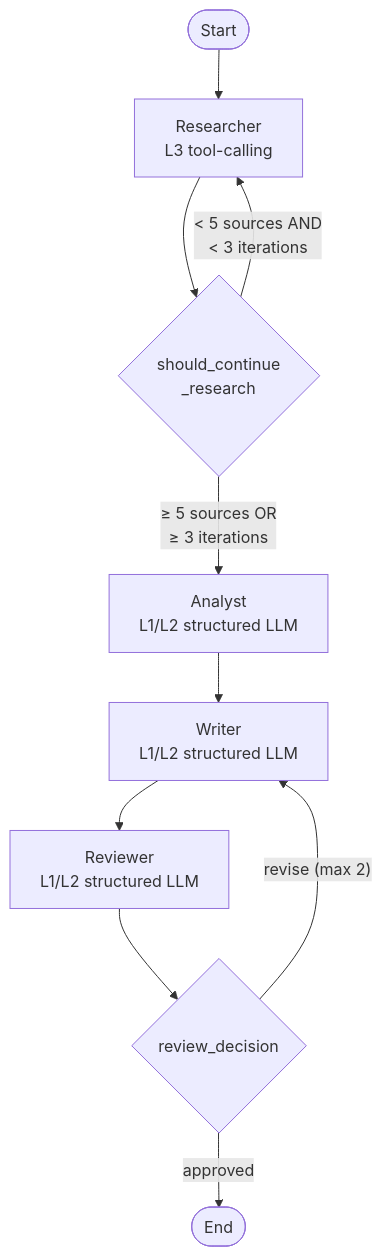
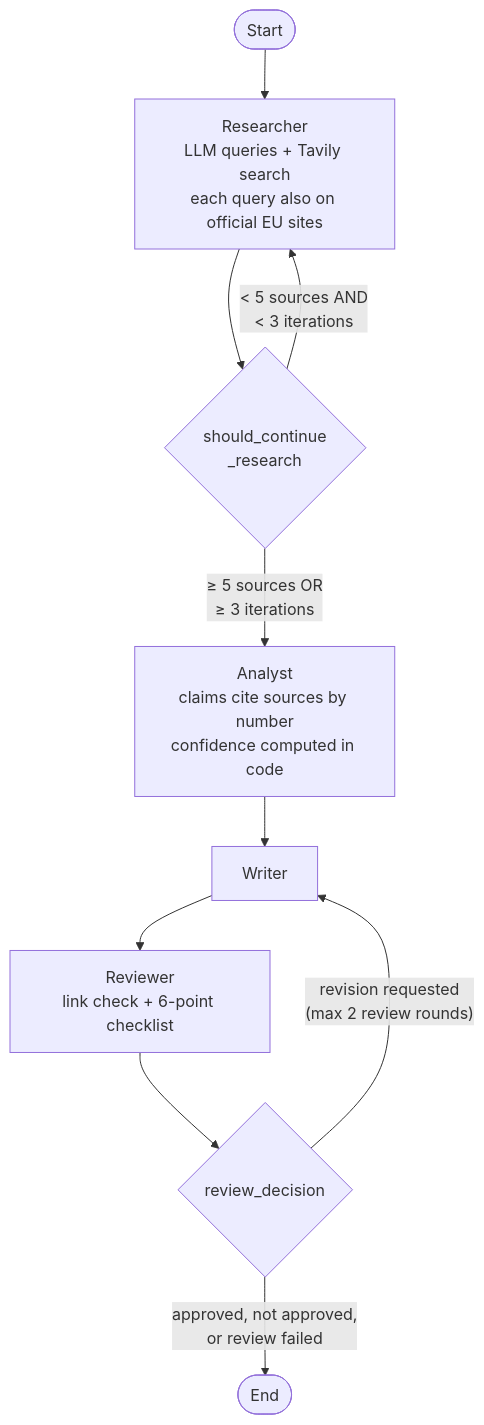
The diagram in README.md (KimjiP/multi-agent-research-system), drawn with Mermaid before and after one commit. The commit also changed other lines of this file and 10 other files, not shown here.

First line of the commit message:
Search official EU sites with every query; September 2026 results

````diff
--- a/README.md
+++ b/README.md
@@ -17,12 +30,12 @@
 ```mermaid
 graph TD
-    START([Start]) --> R[Researcher<br/>L3 tool-calling]
+    START([Start]) --> R[Researcher<br/>LLM queries + Tavily search<br/>each query also on official EU sites]
     R --> CR{should_continue<br/>_research}
     CR -->|"< 5 sources AND<br/>< 3 iterations"| R
-    CR -->|"≥ 5 sources OR<br/>≥ 3 iterations"| A[Analyst<br/>L1/L2 structured LLM]
-    A --> W[Writer<br/>L1/L2 structured LLM]
-    W --> RV[Reviewer<br/>L1/L2 structured LLM]
+    CR -->|"≥ 5 sources OR<br/>≥ 3 iterations"| A[Analyst<br/>claims cite sources by number<br/>confidence computed in code]
+    A --> W[Writer]
+    W --> RV[Reviewer<br/>link check + 6-point checklist]
     RV --> RD{review_decision}
-    RD -->|approved| END([End])
-    RD -->|"revise (max 2)"| W
+    RD -->|"revision requested<br/>(max 2 review rounds)"| W
+    RD -->|"approved, not approved,<br/>or review failed"| END([End])
 ```
````
